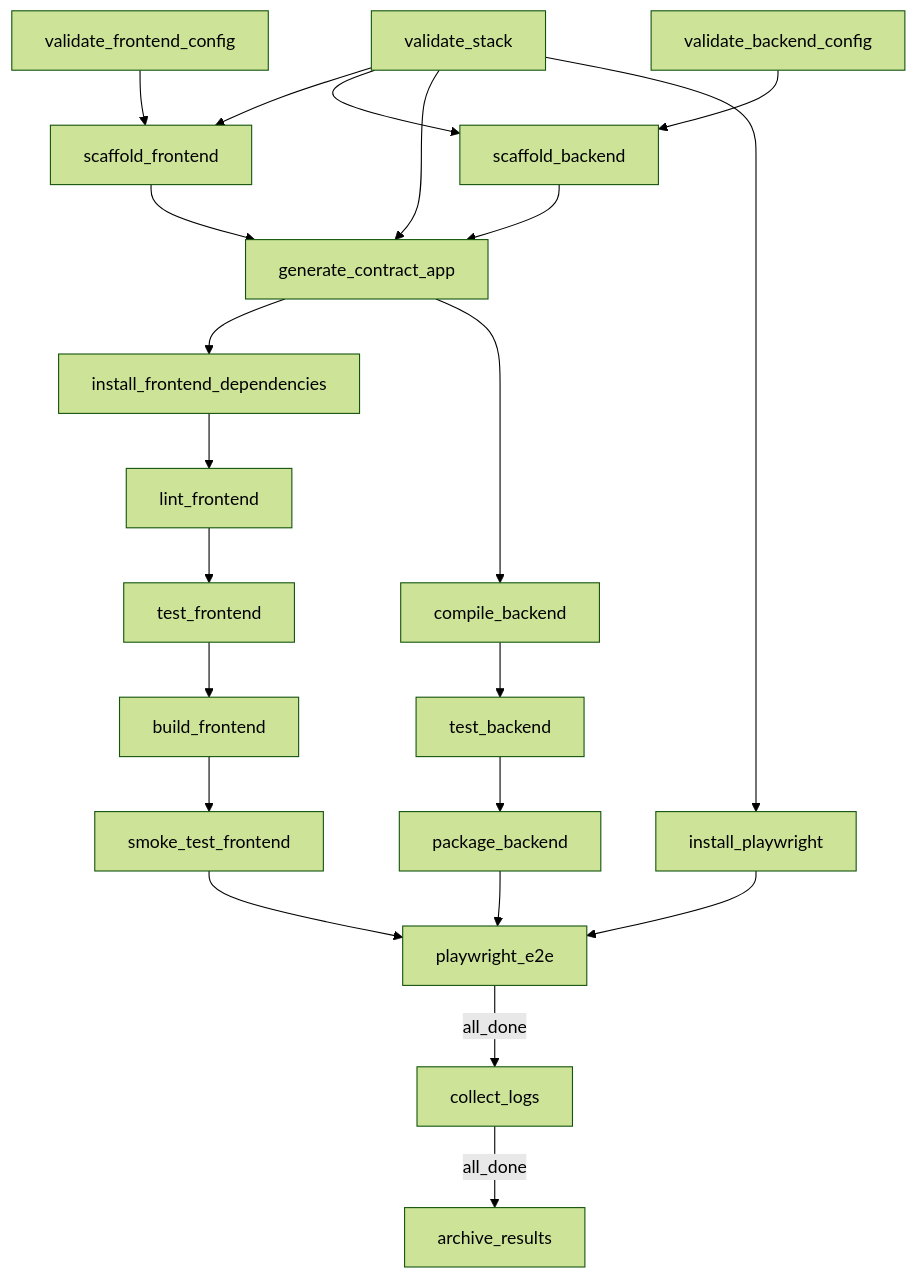
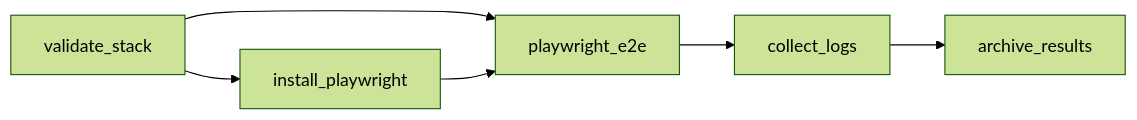
Before and after one commit to ako74programmer/poc-cronova-windows: the diagram in docs/SDLC_FULLSTACK_TECHNICAL.md, drawn with Mermaid (forest theme). The commit also changed other lines of this file and 19 other files, not shown here.

````diff
--- a/docs/SDLC_FULLSTACK_TECHNICAL.md
+++ b/docs/SDLC_FULLSTACK_TECHNICAL.md
@@ -41,24 +33,8 @@
 ```mermaid
-flowchart TD
-  VS[validate_stack] --> SF[scaffold_frontend]
-  VF[validate_frontend_config] --> SF
-  VS --> SB[scaffold_backend]
-  VB[validate_backend_config] --> SB
-  SF --> GEN[generate_contract_app]
-  SB --> GEN
-  VS --> GEN
-  GEN --> IF[install_frontend_dependencies]
-  IF --> LF[lint_frontend]
-  LF --> TF[test_frontend]
-  TF --> BF[build_frontend]
-  BF --> SM[smoke_test_frontend]
-  GEN --> CB[compile_backend]
-  CB --> TB[test_backend]
-  TB --> PB[package_backend]
-  VS --> IP[install_playwright]
-  SM --> E2E[playwright_e2e]
-  PB --> E2E
+flowchart LR
+  VS[validate_stack] --> IP[install_playwright]
+  VS --> E2E[playwright_e2e]
   IP --> E2E
-  E2E -->|all_done| CL[collect_logs]
-  CL -->|all_done| AR[archive_results]
+  E2E --> CL[collect_logs]
+  CL --> AR[archive_results]
 ```
````
